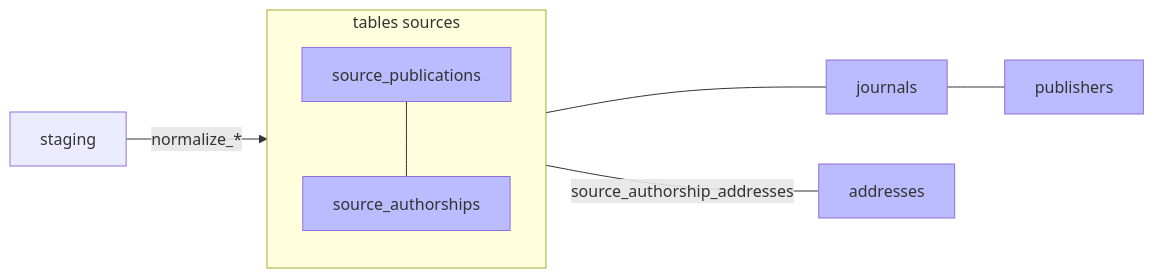
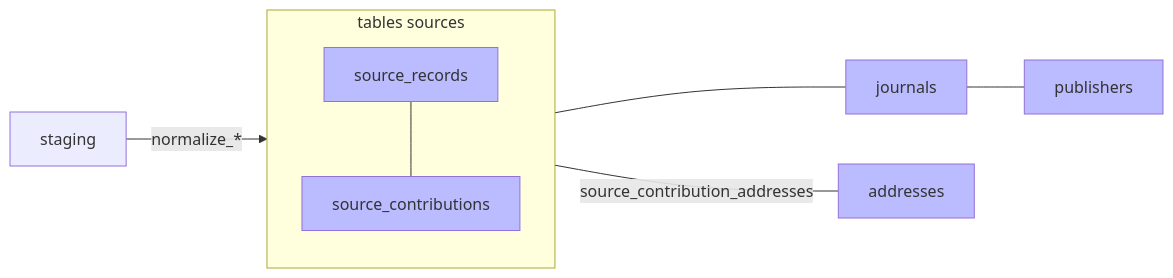
One commit to Y33sha/bibliometrie-uca changed the diagram in docs/pipeline/03-normalize.md. Above: the diagram before and after it, drawn with Mermaid. The commit also changed other lines of this file and 560 other files, not shown here.

````diff
--- a/docs/pipeline/03-normalize.md
+++ b/docs/pipeline/03-normalize.md
@@ -5,12 +5,12 @@
 ```mermaid
 flowchart LR
     B[staging]-->|normalize_*|G
     subgraph G[tables sources]
         direction TB
-        C[source_publications]---D[source_authorships]
+        C[source_records]---D[source_contributions]
     end
     C---journals---publishers
-    D---|source_authorship_addresses|F[addresses]
+    D---|source_contribution_addresses|F[addresses]
     classDef new  fill:#bbf
     class C,D,F,journals,publishers new;
 ```
````
